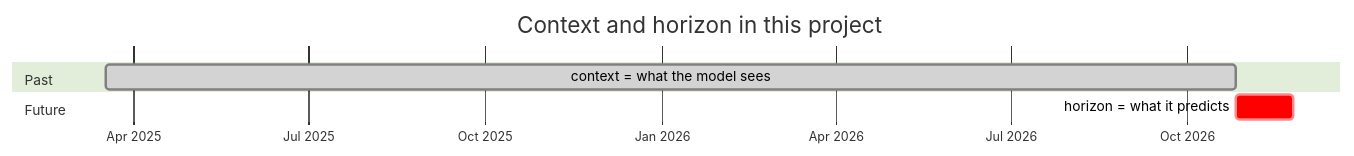
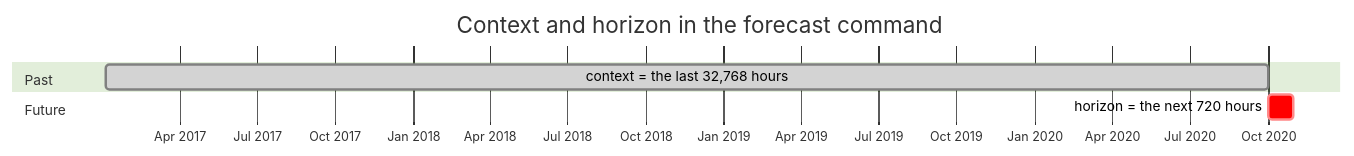
Before and after one commit to mourjo/zero-shot-forecasting: the third of 11 diagrams in docs/01-concepts.md, drawn with Mermaid (forest theme). The commit also changed other lines of this file and 3 other files, not shown here.

````diff
--- a/docs/01-concepts.md
+++ b/docs/01-concepts.md
@@ -150,10 +159,10 @@
 ```mermaid
 gantt
-    title Context and horizon in this project
+    title Context and horizon in the forecast command
     dateFormat YYYY-MM-DD
     axisFormat %b %Y
     section Past
-    context = what the model sees :done, 2025-03-18, 2026-10-26
+    context = the last 32,768 hours :done, 2017-01-05, 2020-10-01
     section Future
-    horizon = what it predicts    :crit, 2026-10-26, 30d
+    horizon = the next 720 hours    :crit, 2020-10-01, 30d
 ```
````
